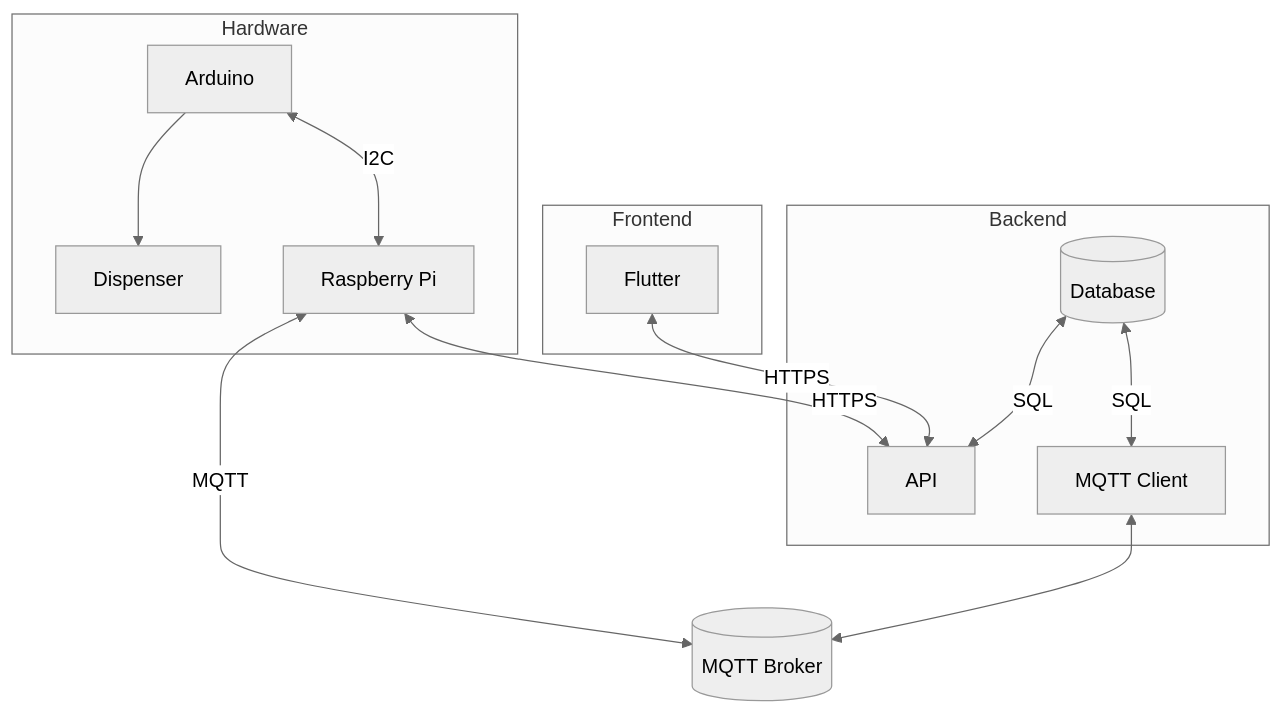
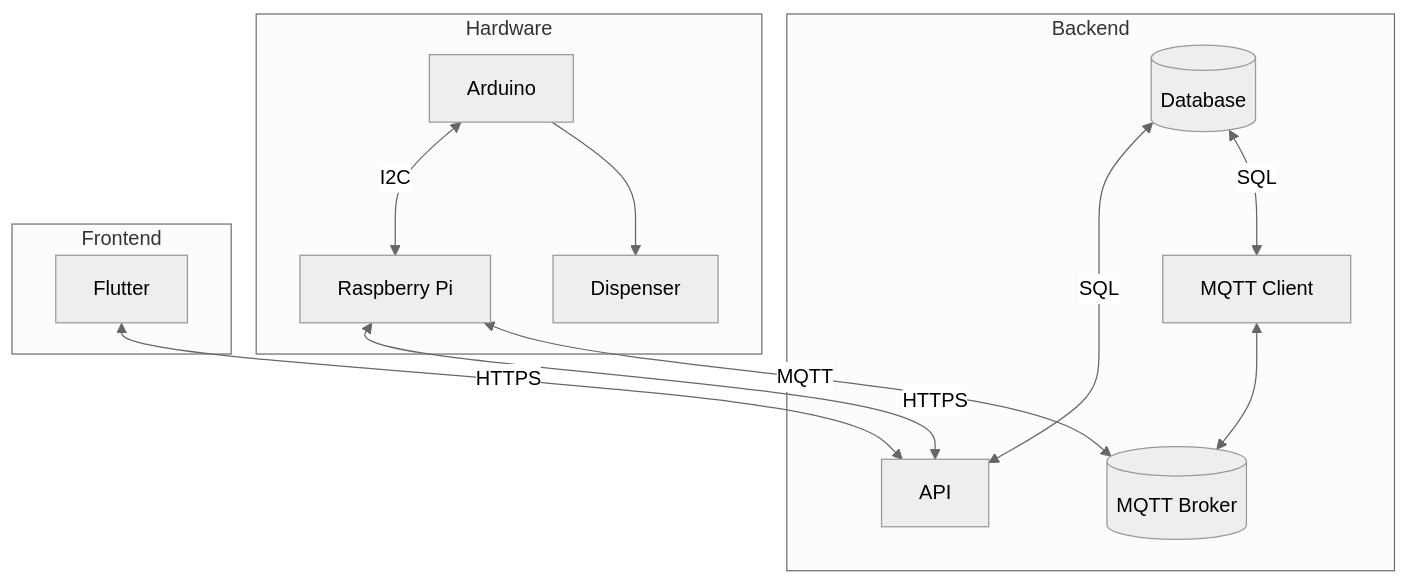
Before and after one commit to HealthHubert/.github: the diagram in profile/README.md, drawn with Mermaid (neutral theme).

````diff
--- a/profile/README.md
+++ b/profile/README.md
@@ -4,33 +4,34 @@
 ```mermaid
 graph TD
     subgraph backend[Backend]
         db[(Database)]
         fastapi[API]
         mqttclient[MQTT Client]
+        broker[(MQTT Broker)]
     end
 
 
     subgraph hardware[Hardware]
         dispenser[Dispenser]
         arduino[Arduino]
         pi[Raspberry Pi]
     end
 
     subgraph frontend[Frontend]
         flutter[Flutter]
     end
 
-    broker[(MQTT Broker)]
+    
 
     mqttclient <--> broker
     db <--> |SQL| mqttclient
     db <--> |SQL| fastapi
 
     flutter <--> |HTTPS| fastapi
 
     arduino --> dispenser
     arduino <--> |I2C| pi
     
     pi <--> |MQTT| broker
     pi <--> |HTTPS| fastapi
 ```
````
